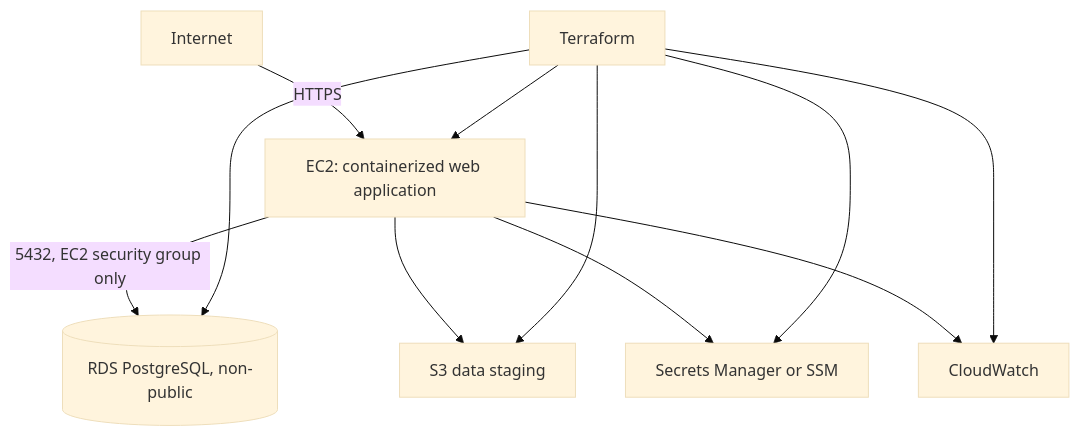
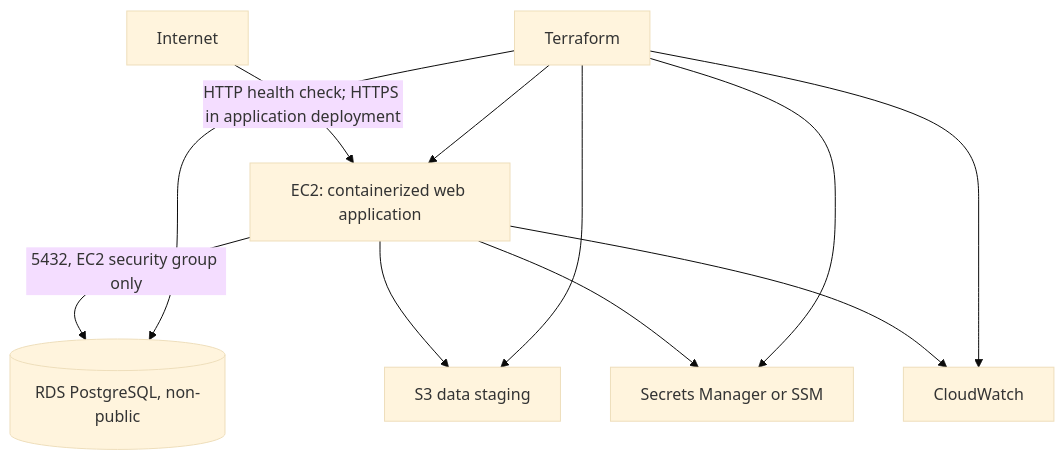
One commit to shraddhagadale/pharma-nl2sql-assistant changed the second of 2 diagrams in docs/architecture.md. Above: the diagram before and after it, drawn with Mermaid (base theme). The commit also changed 16 other files, not shown here.

````diff
--- a/docs/architecture.md
+++ b/docs/architecture.md
@@ -111,13 +111,13 @@
 ```mermaid
 flowchart TB
-    Internet -->|HTTPS| EC2[EC2: containerized web application]
+    Internet -->|HTTP health check; HTTPS in application deployment| EC2[EC2: containerized web application]
     EC2 -->|5432, EC2 security group only| RDS[(RDS PostgreSQL, non-public)]
     EC2 --> S3[S3 data staging]
     EC2 --> Secrets[Secrets Manager or SSM]
     EC2 --> Logs[CloudWatch]
     TF[Terraform] --> EC2
     TF --> RDS
     TF --> S3
     TF --> Secrets
     TF --> Logs
 ```
````
